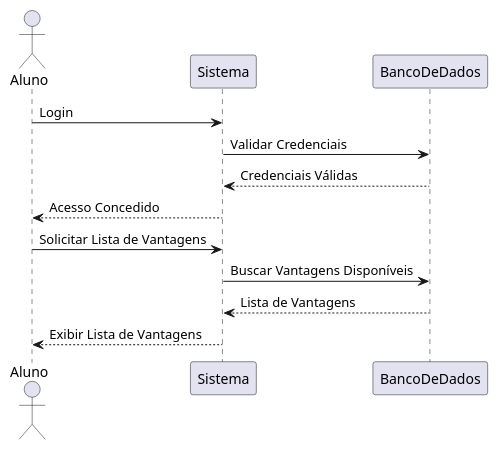
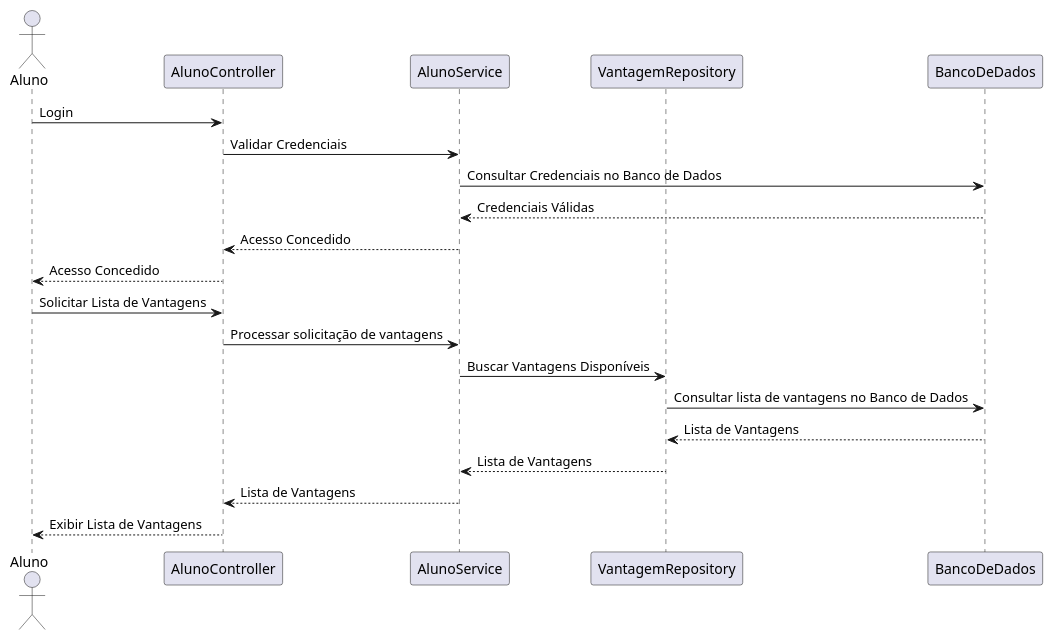
Before and after one commit to rubensm33/LabDevSoftware3: the diagram in Projeto/Lista de vantagem (aluno).plantuml, drawn with PlantUML. The commit also changed 8 other files, not shown here.

Commit message:
Adicionando alterações nos diagramas

```diff
--- a/Projeto/Lista de vantagem (aluno).plantuml
+++ b/Projeto/Lista de vantagem (aluno).plantuml
@@ -1,16 +1,24 @@
 @startuml
 actor Aluno as A
-participant Sistema as S
+participant AlunoController as AC
+participant AlunoService as AS
+participant VantagemRepository as VR
 participant BancoDeDados as BD
 
-A -> S : Login
-S -> BD : Validar Credenciais
-BD --> S : Credenciais Válidas
-S --> A : Acesso Concedido
+A -> AC : Login
+AC -> AS : Validar Credenciais
+AS -> BD : Consultar Credenciais no Banco de Dados
+BD --> AS : Credenciais Válidas
+AS --> AC : Acesso Concedido
+AC --> A : Acesso Concedido
 
-A -> S : Solicitar Lista de Vantagens
-S -> BD : Buscar Vantagens Disponíveis
-BD --> S : Lista de Vantagens
-S --> A : Exibir Lista de Vantagens
+A -> AC : Solicitar Lista de Vantagens
+AC -> AS : Processar solicitação de vantagens
+AS -> VR : Buscar Vantagens Disponíveis
+VR -> BD : Consultar lista de vantagens no Banco de Dados
+BD --> VR : Lista de Vantagens
+VR --> AS : Lista de Vantagens
+AS --> AC : Lista de Vantagens
+AC --> A : Exibir Lista de Vantagens
 
 @enduml
```
